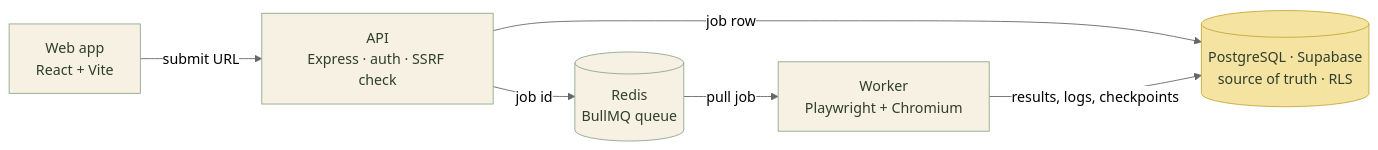
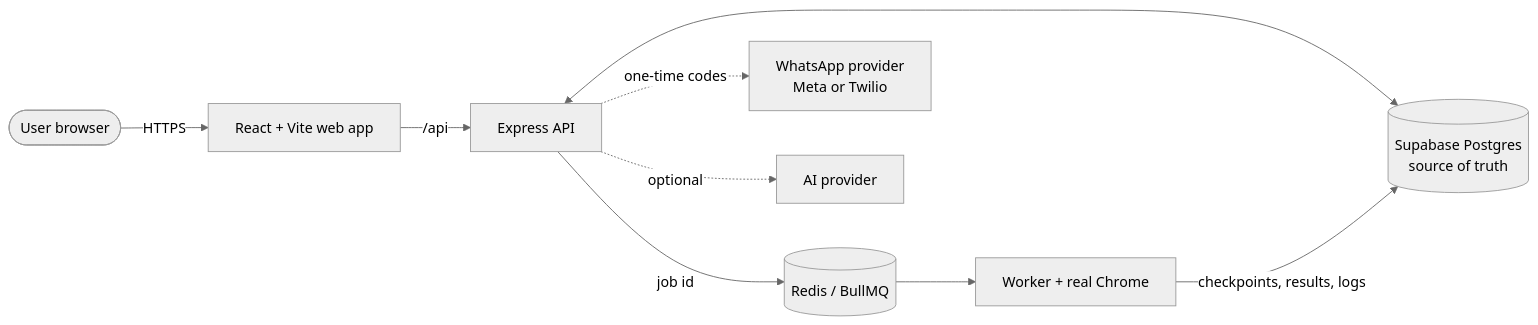
One commit to Ruchitra-Jasmatiya/No_bug changed the diagram in README.md. Above: the diagram before and after it, drawn with Mermaid (neutral theme). The commit also changed other lines of this file and 35 other files, not shown here.

````diff
--- a/README.md
+++ b/README.md
@@ -44,14 +70,11 @@
 ```mermaid
 flowchart LR
-    W["Web app<br/>React + Vite"] -->|submit URL| A["API<br/>Express · auth · SSRF check"]
-    A -->|job id| R[("Redis<br/>BullMQ queue")]
-    R -->|pull job| K["Worker<br/>Playwright + Chromium"]
-    A -->|job row| P[("PostgreSQL · Supabase<br/>source of truth · RLS")]
-    K -->|results, logs, checkpoints| P
-
-    style W fill:#F6F1E3,stroke:#8FA98A,color:#2F3E2D
-    style A fill:#F6F1E3,stroke:#8FA98A,color:#2F3E2D
-    style R fill:#F6F1E3,stroke:#8FA98A,color:#2F3E2D
-    style K fill:#F6F1E3,stroke:#8FA98A,color:#2F3E2D
-    style P fill:#F4E3A1,stroke:#C9A93A,color:#2F3E2D
+  U([User browser]) -->|HTTPS| W[React + Vite web app]
+  W -->|/api| A[Express API]
+  A -->|job id| Q[(Redis / BullMQ)]
+  A <--> D[(Supabase Postgres<br/>source of truth)]
+  Q --> K[Worker + real Chrome]
+  K -->|checkpoints, results, logs| D
+  A -. one-time codes .-> WA[WhatsApp provider<br/>Meta or Twilio]
+  A -. optional .-> AI[AI provider]
 ```
````
